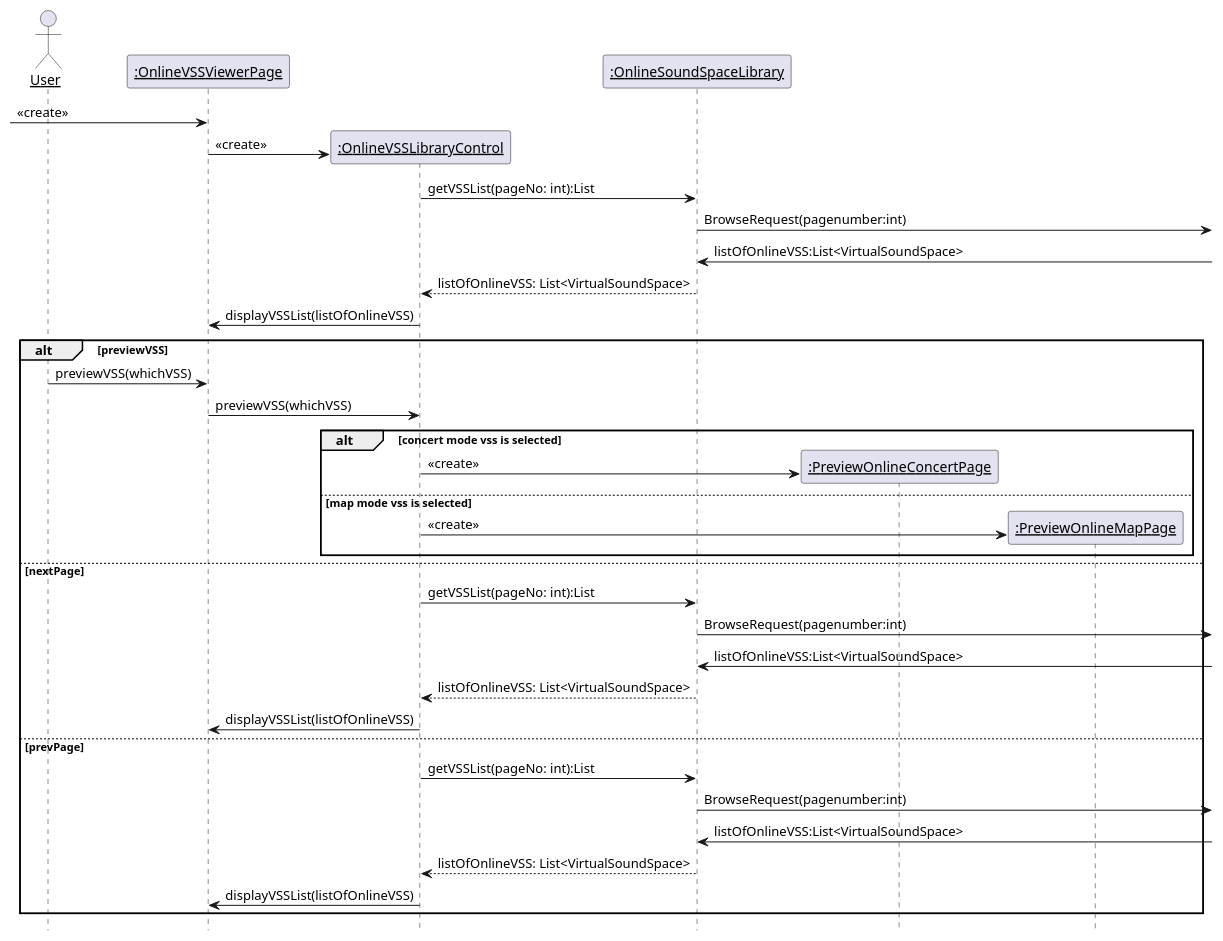
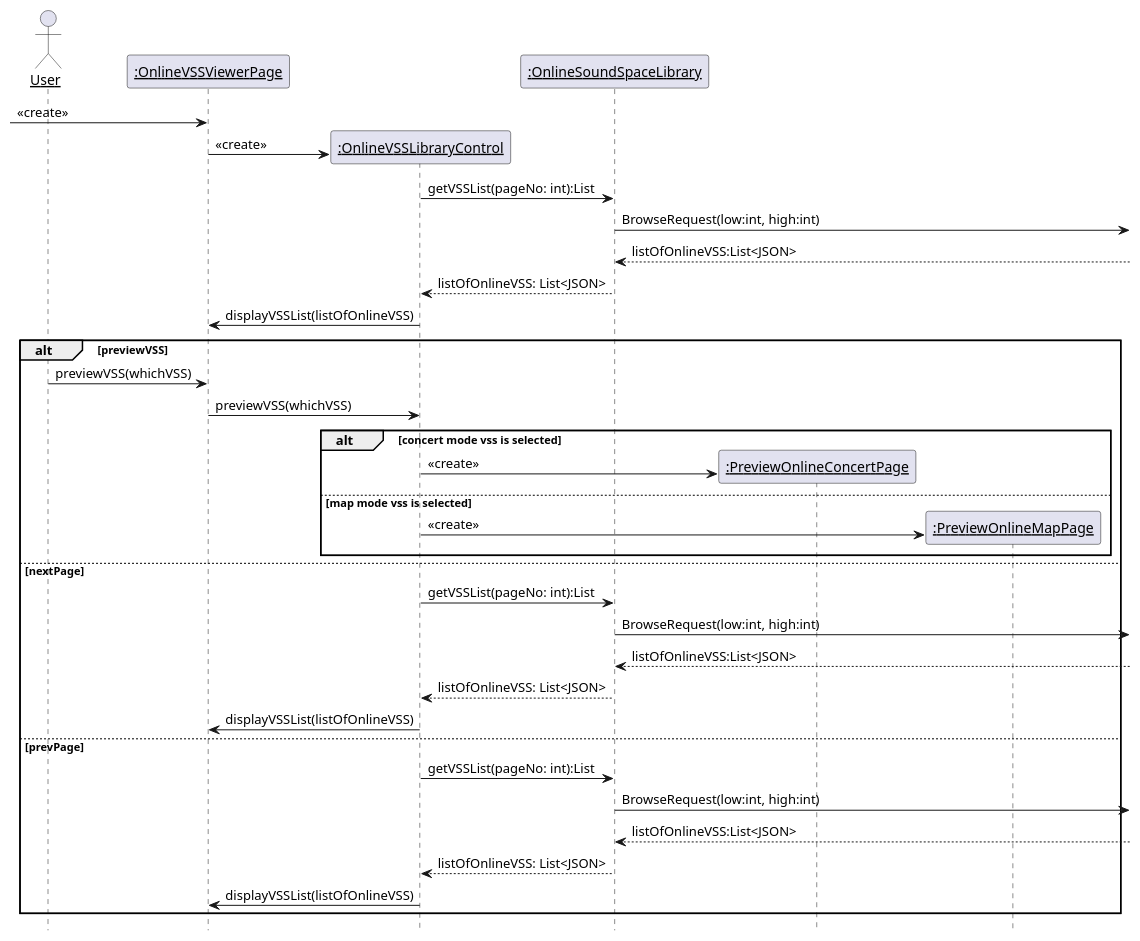
One commit to kpp19920121/doc changed diagram 37 of 39 in 设计/顺序图.md. Above: the diagram before and after it, drawn with PlantUML. The commit also changed other lines of this file, not shown here.

Commit message:
更新了含服务器端部分的顺序图

````diff
--- a/设计/顺序图.md
+++ b/设计/顺序图.md
@@ -1236,50 +1216,50 @@
 ```PlantUML
 @startuml Diagrams/BrowseOnlineVSSLibrary
 hide footbox
 skinparam sequenceParticipant underline
 
 actor User as user
 participant ":OnlineVSSViewerPage" as page
 participant ":OnlineVSSLibraryControl" as control
 participant ":OnlineSoundSpaceLibrary" as library
 
 
 
 create page
 [-> page: <<create>>
 create control
 page -> control: <<create>>
 control -> library: getVSSList(pageNo: int):List
-library->:BrowseRequest(pagenumber:int)
-library<-:listOfOnlineVSS:List<VirtualSoundSpace>
-library --> control: listOfOnlineVSS: List<VirtualSoundSpace>
+library->:BrowseRequest(low:int, high:int)
+library<--:listOfOnlineVSS:List<JSON>
+library --> control: listOfOnlineVSS: List<JSON>
 control -> page: displayVSSList(listOfOnlineVSS)
 alt previewVSS
     user -> page: previewVSS(whichVSS)
     page -> control: previewVSS(whichVSS)
     alt concert mode vss is selected
         participant ":PreviewOnlineConcertPage" as pocp
         create pocp
         control -> pocp: <<create>>
     else map mode vss is selected
         participant ":PreviewOnlineMapPage" as pomp
         create pomp
         control -> pomp: <<create>>
 
     end
 else nextPage
     control -> library: getVSSList(pageNo: int):List
-    library->:BrowseRequest(pagenumber:int)
-    library<-:listOfOnlineVSS:List<VirtualSoundSpace>
-    library --> control: listOfOnlineVSS: List<VirtualSoundSpace>
+    library->:BrowseRequest(low:int, high:int)
+    library<--:listOfOnlineVSS:List<JSON>
+    library --> control: listOfOnlineVSS: List<JSON>
     control -> page: displayVSSList(listOfOnlineVSS)
 else prevPage
     control -> library: getVSSList(pageNo: int):List
-    library->:BrowseRequest(pagenumber:int)
-    library<-:listOfOnlineVSS:List<VirtualSoundSpace>
-    library --> control: listOfOnlineVSS: List<VirtualSoundSpace>
+    library->:BrowseRequest(low:int, high:int)
+    library<--:listOfOnlineVSS:List<JSON>
+    library --> control: listOfOnlineVSS: List<JSON>
     control -> page: displayVSSList(listOfOnlineVSS)
 end
 
 @enduml
 ```
````
